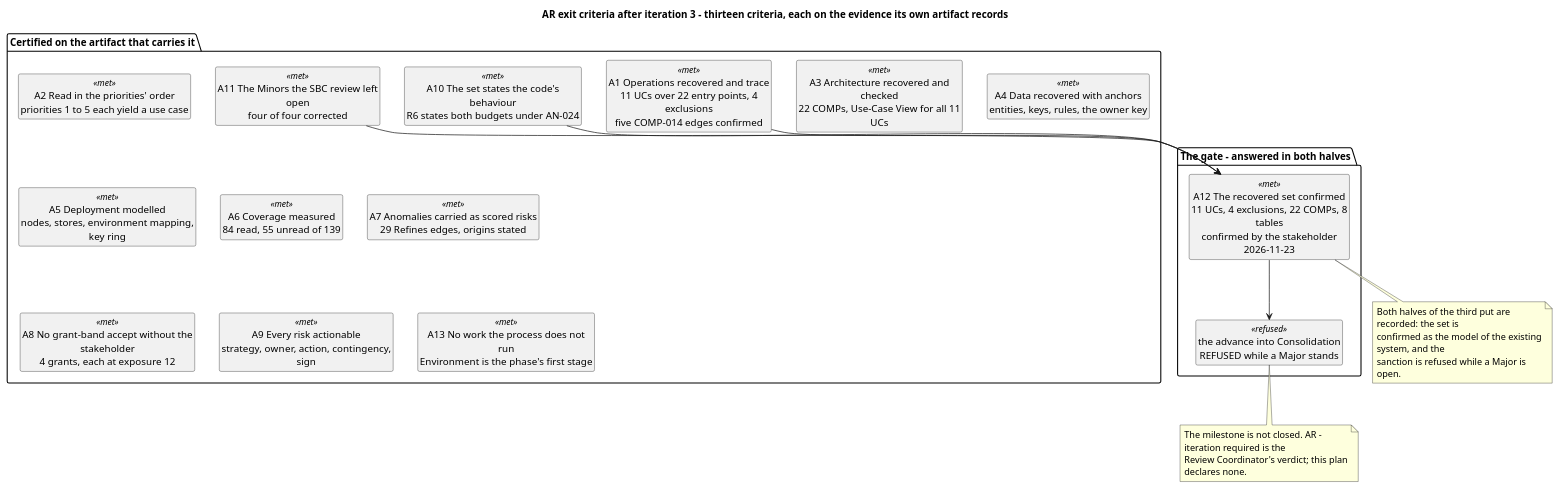
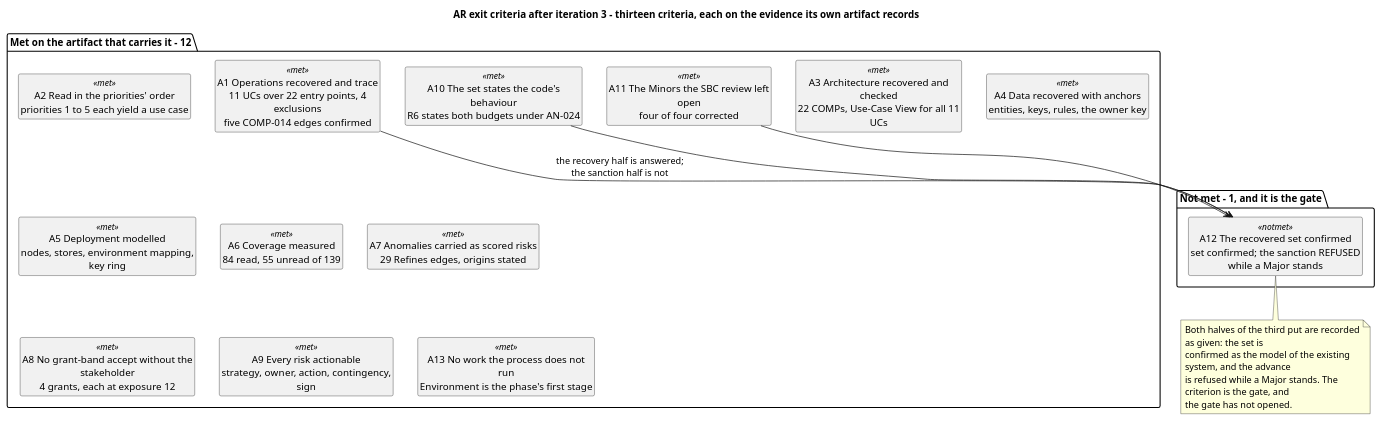
The sixth of 6 diagrams in docs/artifacts/project-management/iteration-plan.md (banense-test/TodoApp), drawn with PlantUML before and after one commit. The commit also changed other lines of this file, not shown here.

Commit message:
Project Manager [Excavation3]: upsert Iteration Plan
[skip ci]

````diff
--- a/docs/artifacts/project-management/iteration-plan.md
+++ b/docs/artifacts/project-management/iteration-plan.md
@@ -404,44 +404,39 @@
 ```plantuml
 @startuml
 title AR exit criteria after iteration 3 - thirteen criteria, each on the evidence its own artifact records
 skinparam shadowing false
 skinparam wrapWidth 250
 hide circle
 hide empty members
 
-package "Certified on the artifact that carries it" {
+package "Met on the artifact that carries it - 12" {
   class "A1 Operations recovered and trace\n11 UCs over 22 entry points, 4 exclusions\nfive COMP-014 edges confirmed" as A1 <<met>>
   class "A2 Read in the priorities' order\npriorities 1 to 5 each yield a use case" as A2 <<met>>
   class "A3 Architecture recovered and checked\n22 COMPs, Use-Case View for all 11 UCs" as A3 <<met>>
   class "A4 Data recovered with anchors\nentities, keys, rules, the owner key" as A4 <<met>>
   class "A5 Deployment modelled\nnodes, stores, environment mapping, key ring" as A5 <<met>>
   class "A6 Coverage measured\n84 read, 55 unread of 139" as A6 <<met>>
   class "A7 Anomalies carried as scored risks\n29 Refines edges, origins stated" as A7 <<met>>
   class "A8 No grant-band accept without the stakeholder\n4 grants, each at exposure 12" as A8 <<met>>
   class "A9 Every risk actionable\nstrategy, owner, action, contingency, sign" as A9 <<met>>
   class "A10 The set states the code's behaviour\nR6 states both budgets under AN-024" as A10 <<met>>
   class "A11 The Minors the SBC review left open\nfour of four corrected" as A11 <<met>>
   class "A13 No work the process does not run\nEnvironment is the phase's first stage" as A13 <<met>>
 }
 
-package "The gate - answered in both halves" {
-  class "A12 The recovered set confirmed\n11 UCs, 4 exclusions, 22 COMPs, 8 tables\nconfirmed by the stakeholder 2026-11-23" as A12 <<met>>
-  class "the advance into Consolidation\nREFUSED while a Major stands" as SAN <<refused>>
+package "Not met - 1, and it is the gate" {
+  class "A12 The recovered set confirmed\nset confirmed; the sanction REFUSED\nwhile a Major stands" as A12 <<notmet>>
 }
 
-A1 --> A12
+A1 --> A12 : the recovery half is answered;\nthe sanction half is not
 A10 --> A12
 A11 --> A12
-A12 --> SAN
 
 note bottom of A12
-  Both halves of the third put are recorded: the set is
-  confirmed as the model of the existing system, and the
-  sanction is refused while a Major is open.
-end note
-note bottom of SAN
-  The milestone is not closed. AR - iteration required is the
-  Review Coordinator's verdict; this plan declares none.
+  Both halves of the third put are recorded as given: the set is
+  confirmed as the model of the existing system, and the advance
+  is refused while a Major stands. The criterion is the gate, and
+  the gate has not opened.
 end note
 @enduml
 ```
````
